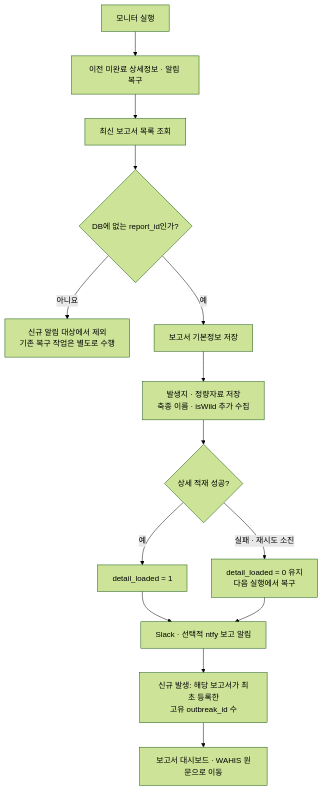
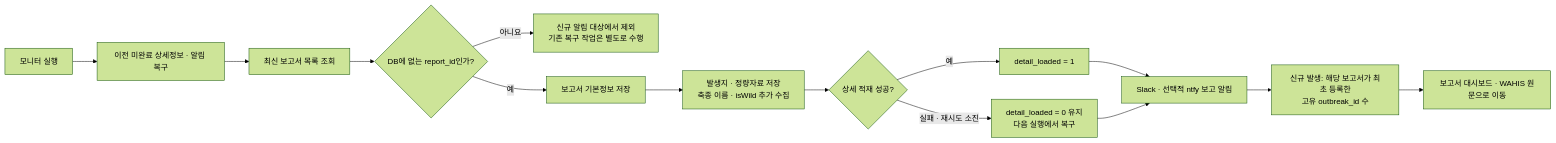
One commit to jshdata/wahis-slack-monitor changed the second of 3 diagrams in README.md. Above: the diagram before and after it, drawn with Mermaid (forest theme). The commit also changed other lines of this file, not shown here.

Commit message:
Arrange README diagrams horizontally

````diff
--- a/README.md
+++ b/README.md
@@ -198,16 +198,16 @@
 ```mermaid
-flowchart TD
+flowchart LR
     START["모니터 실행"] --> RECOVER["이전 미완료 상세정보 · 알림 복구"]
     RECOVER --> FETCH["최신 보고서 목록 조회"]
     FETCH --> NEW{"DB에 없는 report_id인가?"}
     NEW -->|아니요| SKIP["신규 알림 대상에서 제외<br/>기존 복구 작업은 별도로 수행"]
     NEW -->|예| BASIC["보고서 기본정보 저장"]
     BASIC --> DETAIL["발생지 · 정량자료 저장<br/>축종 이름 · isWild 추가 수집"]
     DETAIL --> OK{"상세 적재 성공?"}
     OK -->|예| DONE["detail_loaded = 1"]
     OK -->|실패 · 재시도 소진| PENDING["detail_loaded = 0 유지<br/>다음 실행에서 복구"]
     DONE --> NOTIFY["Slack · 선택적 ntfy 보고 알림"]
     PENDING --> NOTIFY
     NOTIFY --> COUNT["신규 발생: 해당 보고서가 최초 등록한<br/>고유 outbreak_id 수"]
     COUNT --> LINK["보고서 대시보드 · WAHIS 원문으로 이동"]
 ```
````
